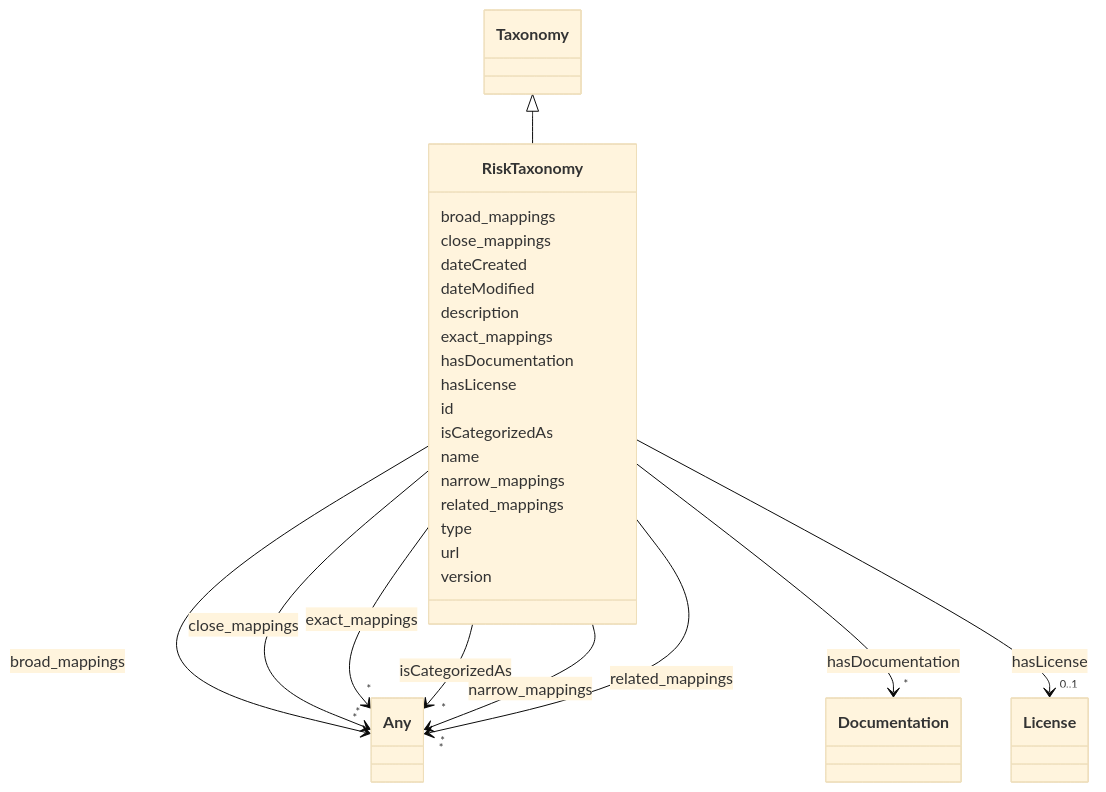
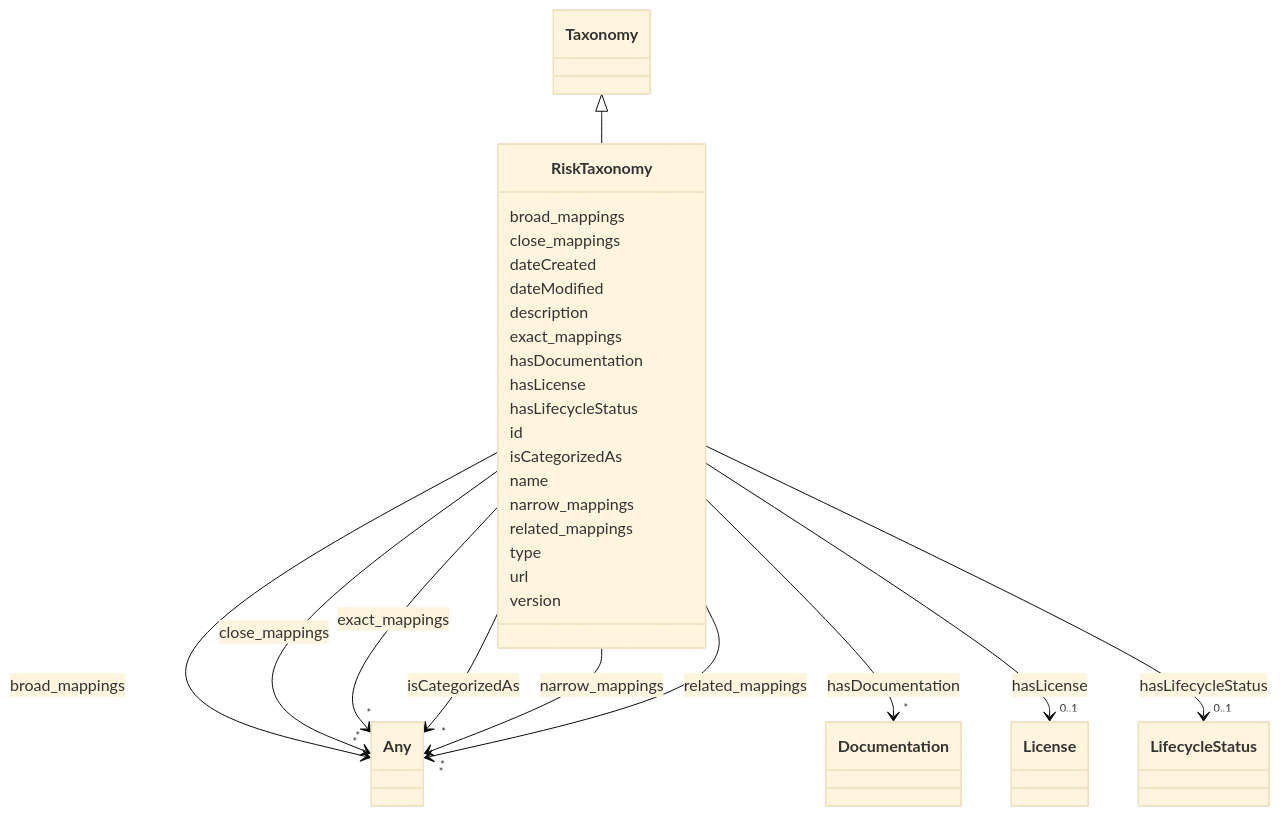
The diagram in docs/ontology/RiskTaxonomy.md (ingelise/risk-atlas-nexus), drawn with Mermaid (base theme) before and after one commit. The commit also changed other lines of this file and 206 other files, not shown here.

```diff
--- a/docs/ontology/RiskTaxonomy.md
+++ b/docs/ontology/RiskTaxonomy.md
@@ -79,6 +79,17 @@
 
 
 
+      RiskTaxonomy : hasLifecycleStatus
+
+
+
+
+
+        RiskTaxonomy --> "0..1" LifecycleStatus : hasLifecycleStatus
+        click LifecycleStatus href "../LifecycleStatus/"
+
+
+
       RiskTaxonomy : id
 
       RiskTaxonomy : isCategorizedAs
```
